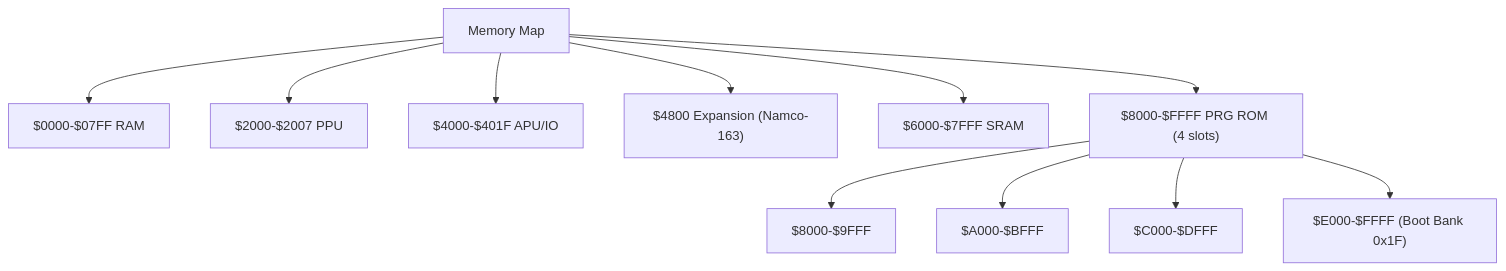
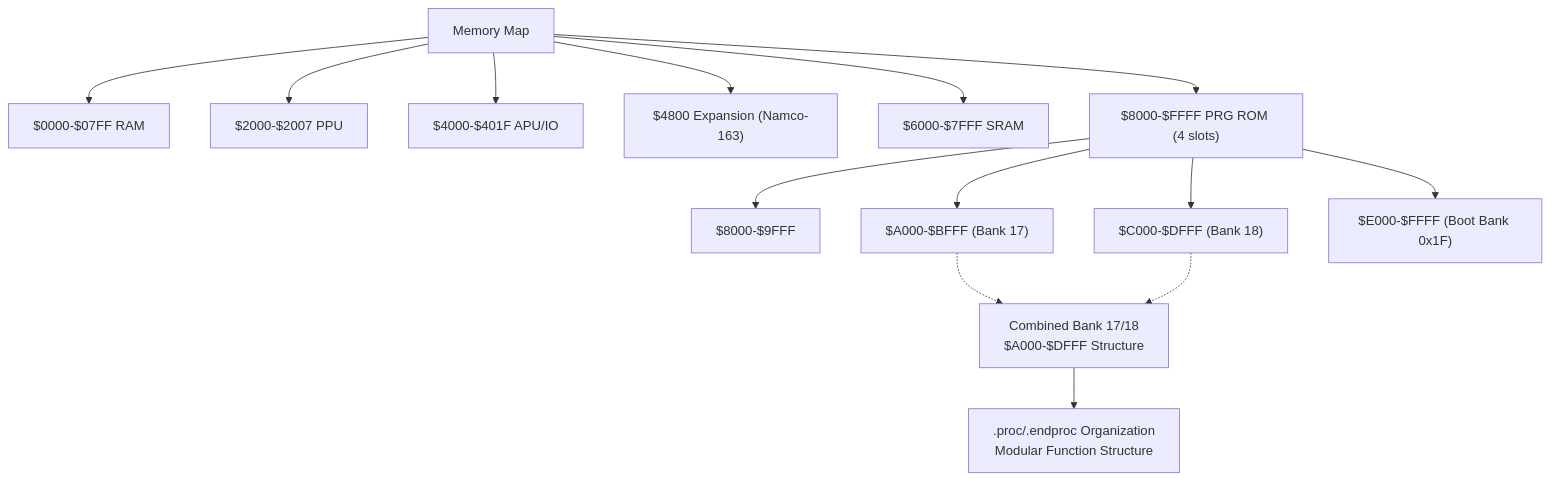
Before and after one commit to rabbyzero/sango2dasm: the third of 10 diagrams in .qoder/repowiki/en/content/Assembly Architecture/Assembly Architecture.md, drawn with Mermaid. The commit also changed other lines of this file and 20 other files, not shown here.

````diff
--- a/.qoder/repowiki/en/content/Assembly Architecture/Assembly Architecture.md
+++ b/.qoder/repowiki/en/content/Assembly Architecture/Assembly Architecture.md
@@ -157,13 +175,18 @@
 ```mermaid
 flowchart TD
 MEM["Memory Map"] --> RAM["$0000-$07FF RAM"]
 MEM --> PPUREG["$2000-$2007 PPU"]
 MEM --> IOREG["$4000-$401F APU/IO"]
 MEM --> EXPROM["$4800 Expansion (Namco-163)"]
 MEM --> SRAM["$6000-$7FFF SRAM"]
 MEM --> PRG["$8000-$FFFF PRG ROM (4 slots)"]
 PRG --> SLOT0["$8000-$9FFF"]
-PRG --> SLOT1["$A000-$BFFF"]
-PRG --> SLOT2["$C000-$DFFF"]
+PRG --> SLOT1["$A000-$BFFF (Bank 17)"]
+PRG --> SLOT2["$C000-$DFFF (Bank 18)"]
 PRG --> SLOT3["$E000-$FFFF (Boot Bank 0x1F)"]
+COMBINED["Combined Bank 17/18<br/>$A000-$DFFF Structure"]
+SLOT1 -.-> COMBINED
+SLOT2 -.-> COMBINED
+PROC[".proc/.endproc Organization<br/>Modular Function Structure"]
+COMBINED --> PROC
 ```
````
